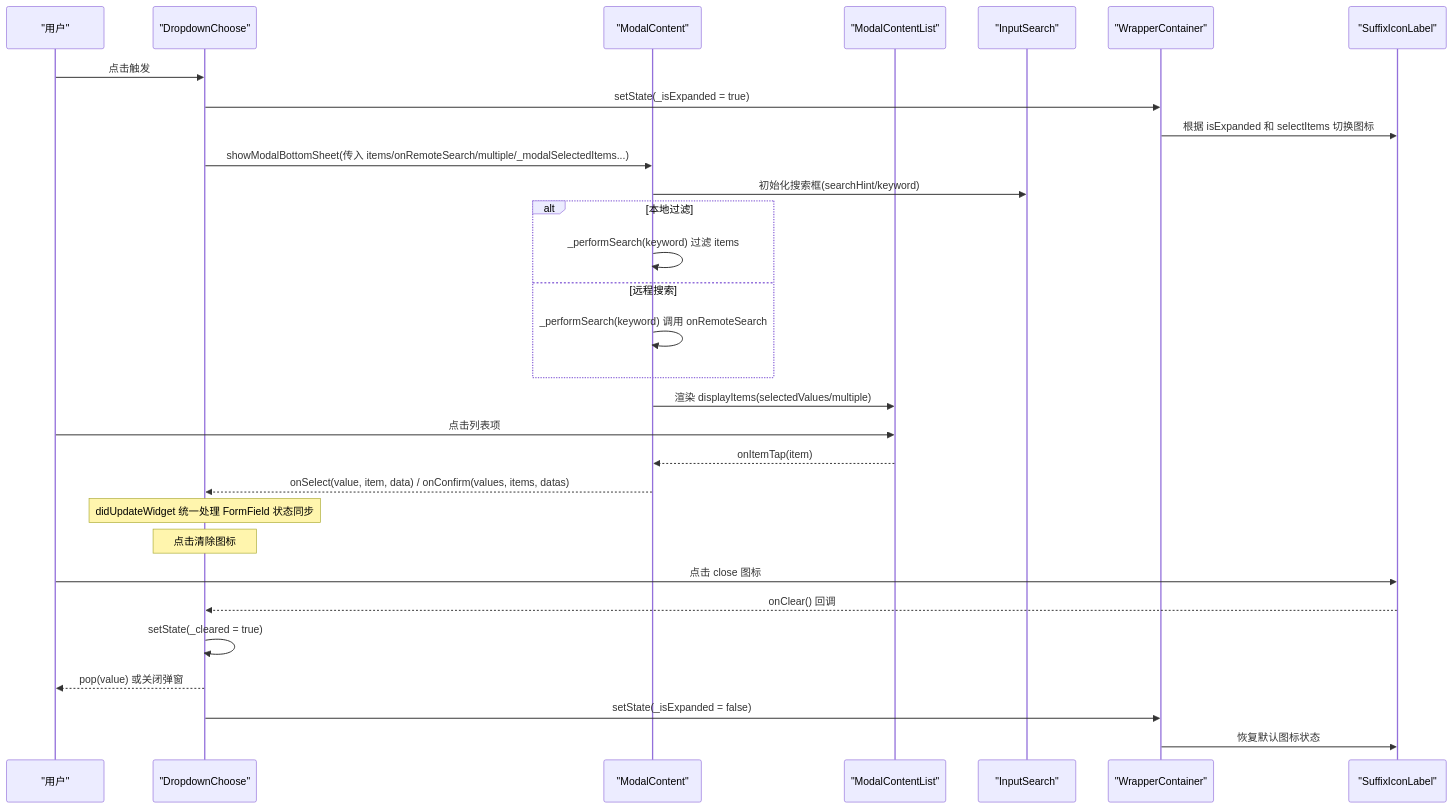
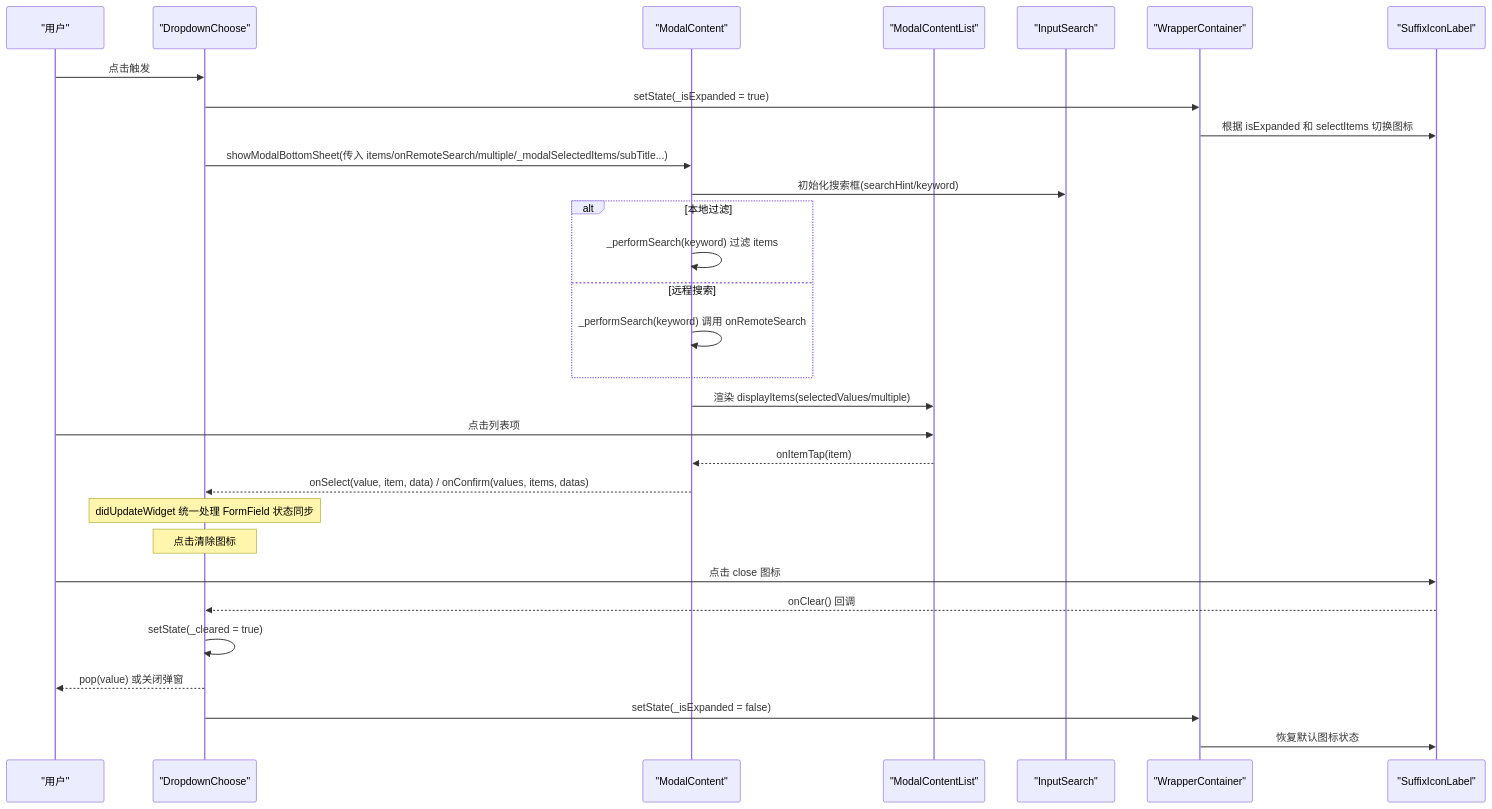
The second of 3 diagrams in .qoder/repowiki/zh/content/API 参考/高级组件 API/DropdownChoose 下拉选择器 API.md (yuzhido/lite-ui), drawn with Mermaid before and after one commit. The commit also changed other lines of this file and 25 other files, not shown here.

````diff
--- a/.qoder/repowiki/zh/content/API 参考/高级组件 API/DropdownChoose 下拉选择器 API.md
+++ b/.qoder/repowiki/zh/content/API 参考/高级组件 API/DropdownChoose 下拉选择器 API.md
@@ -107,32 +97,32 @@
 ```mermaid
 sequenceDiagram
 participant U as "用户"
 participant DC as "DropdownChoose"
-participant SM as "ModalContent"
+participant MC as "ModalContent"
 participant L as "ModalContentList"
 participant S as "InputSearch"
 participant W as "WrapperContainer"
 participant I as "SuffixIconLabel"
 U->>DC : 点击触发
 DC->>W : setState(_isExpanded = true)
 W->>I : 根据 isExpanded 和 selectItems 切换图标
-DC->>SM : showModalBottomSheet(传入 items/onRemoteSearch/multiple/_modalSelectedItems...)
-SM->>S : 初始化搜索框(searchHint/keyword)
+DC->>MC : showModalBottomSheet(传入 items/onRemoteSearch/multiple/_modalSelectedItems/subTitle...)
+MC->>S : 初始化搜索框(searchHint/keyword)
 alt 本地过滤
-SM->>SM : _performSearch(keyword) 过滤 items
+MC->>MC : _performSearch(keyword) 过滤 items
 else 远程搜索
-SM->>SM : _performSearch(keyword) 调用 onRemoteSearch
+MC->>MC : _performSearch(keyword) 调用 onRemoteSearch
 end
-SM->>L : 渲染 displayItems(selectedValues/multiple)
+MC->>L : 渲染 displayItems(selectedValues/multiple)
 U->>L : 点击列表项
-L-->>SM : onItemTap(item)
-SM-->>DC : onSelect(value, item, data) / onConfirm(values, items, datas)
+L-->>MC : onItemTap(item)
+MC-->>DC : onSelect(value, item, data) / onConfirm(values, items, datas)
 Note over DC : didUpdateWidget 统一处理 FormField 状态同步
 Note over DC : 点击清除图标
 U->>I : 点击 close 图标
 I-->>DC : onClear() 回调
 DC->>DC : setState(_cleared = true)
 DC-->>U : pop(value) 或关闭弹窗
 DC->>W : setState(_isExpanded = false)
 W->>I : 恢复默认图标状态
 ```
````
